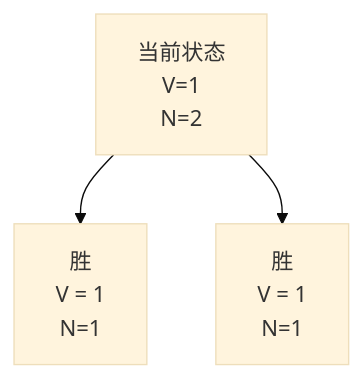
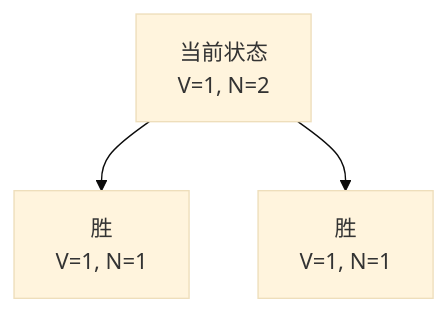
Before and after one commit to Aquietzero/nullspace: the seventh of 8 diagrams in source/_posts/computer/AI学习/蒙地卡罗树与AlphaGo.md, drawn with Mermaid (base theme). The commit also changed other lines of this file and 1 other file, not shown here.

Commit message:
add: recent posts

````diff
--- a/source/_posts/computer/AI学习/蒙地卡罗树与AlphaGo.md
+++ b/source/_posts/computer/AI学习/蒙地卡罗树与AlphaGo.md
@@ -354,5 +354,5 @@
 ```mermaid
 graph TD
-    s[当前状态<br>V=1<br>N=2] --> s1[胜<br>V = 1<br>N=1]
-    s --> s2[胜<br>V = 1<br>N=1]
+    s[当前状态<br>V=1, N=2] --> s1[胜<br>V=1, N=1]
+    s --> s2[胜<br>V=1, N=1]
 ```
````
